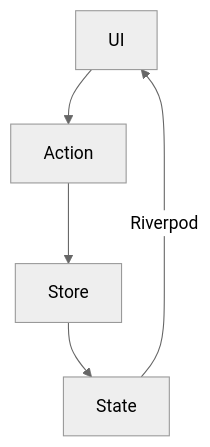
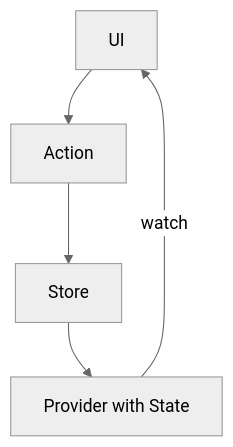
The first of 2 diagrams in ARCHITECTURE.md (reeen21/flutter-training-reeen21), drawn with Mermaid (neutral theme) before and after one commit.

Commit message:
docs: improve data flow diagram clarity

````diff
--- a/ARCHITECTURE.md
+++ b/ARCHITECTURE.md
@@ -34,4 +34,7 @@
 ```mermaid
 graph TD
-  UI-->Action-->Store-->State--Riverpod-->UI
+  UI --> Action
+  Action --> Store
+  Store --> Provider["Provider with State"]
+  Provider -- watch --> UI
 ```
````
